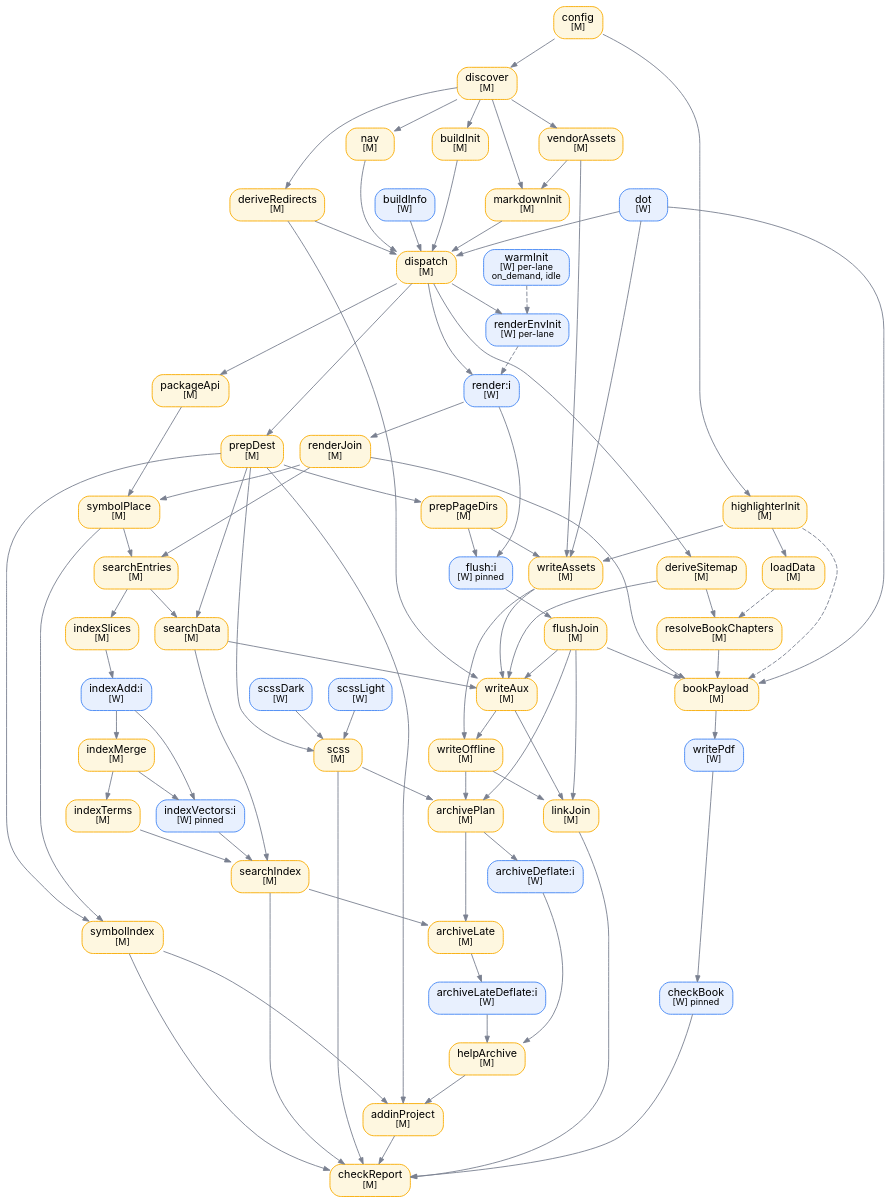
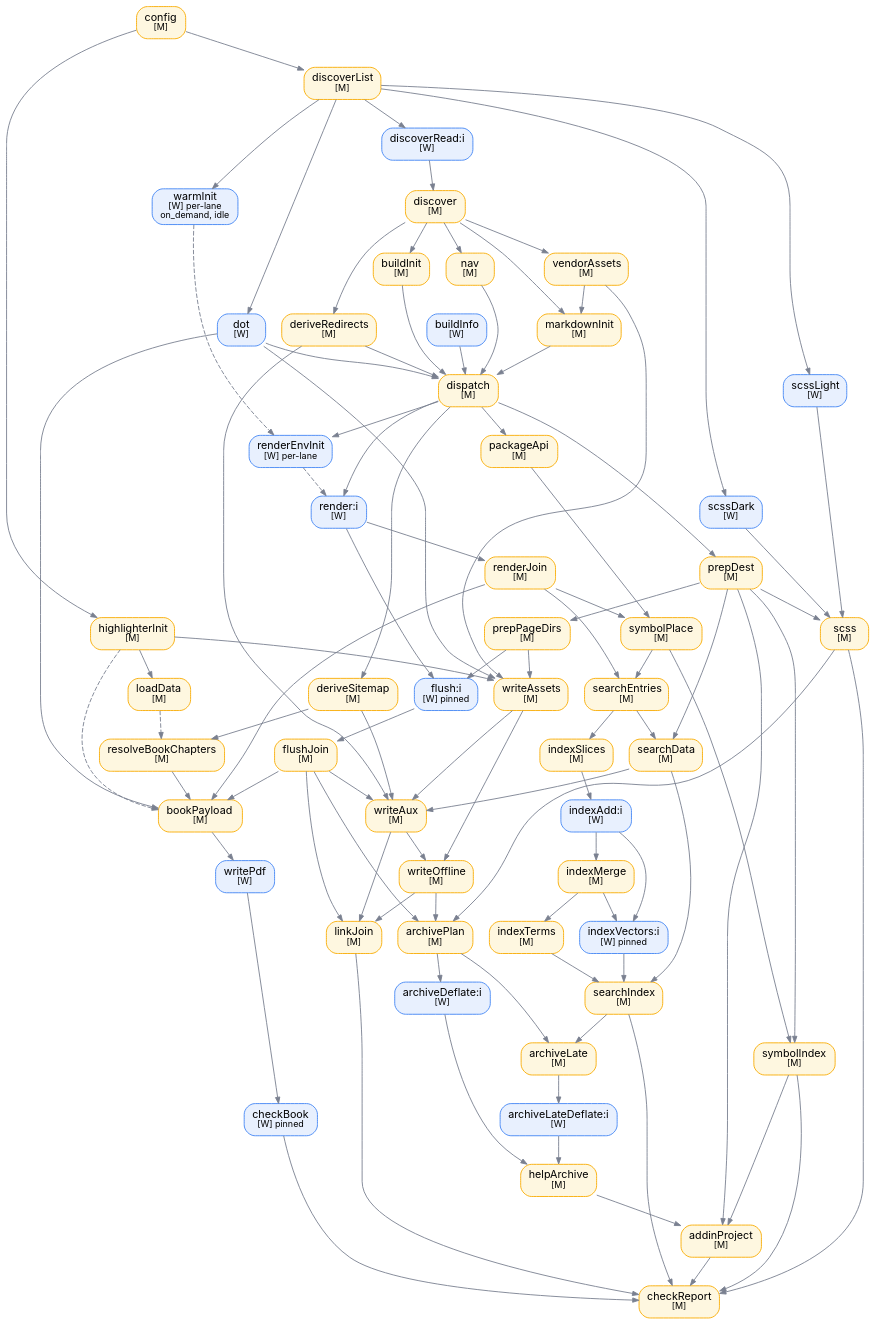
One commit to twinbasic/documentation changed the diagram in docs/assets/images/dot/scheduler-dag.dot. Above: the diagram before and after it, drawn with Graphviz. The commit also changed 5 other files, not shown here.

Commit message:
docs: discoverList and discoverRead:i, the two stages of a lane's boot, and what reading the source tree on the lanes gained

```diff
--- a/docs/assets/images/dot/scheduler-dag.dot
+++ b/docs/assets/images/dot/scheduler-dag.dot
@@ -38,6 +38,8 @@
     LD  [label=<loadData<BR/><FONT POINT-SIZE="10">[M]</FONT>>,           fillcolor="#fef7e0", color="#f9ab00"]
     WI  [label=<warmInit<BR/><FONT POINT-SIZE="10">[W] per-lane<BR/>on_demand, idle</FONT>>, fillcolor="#e8f0fe", color="#4285f4"]
 
+    DL  [label=<discoverList<BR/><FONT POINT-SIZE="10">[M]</FONT>>,       fillcolor="#fef7e0", color="#f9ab00"]
+    DRi [label=<discoverRead:i<BR/><FONT POINT-SIZE="10">[W]</FONT>>,     fillcolor="#e8f0fe", color="#4285f4"]
     DI  [label=<discover<BR/><FONT POINT-SIZE="10">[M]</FONT>>,           fillcolor="#fef7e0", color="#f9ab00"]
     VA  [label=<vendorAssets<BR/><FONT POINT-SIZE="10">[M]</FONT>>,       fillcolor="#fef7e0", color="#f9ab00"]
     NV  [label=<nav<BR/><FONT POINT-SIZE="10">[M]</FONT>>,                fillcolor="#fef7e0", color="#f9ab00"]
@@ -87,7 +89,15 @@
 
     // ── Edges ───────────────────────────────────────────────────────────
 
-    CF -> DI
+    CF -> DL
+    DL -> DRi
+    DRi -> DI
+    // The lane tasks that wait for the listing, so that the first lanes up
+    // are free for the pieces.
+    DL -> SL
+    DL -> SD
+    DL -> DT
+    DL -> WI
     CF -> HI
     HI -> LD
     DI -> NV
```
